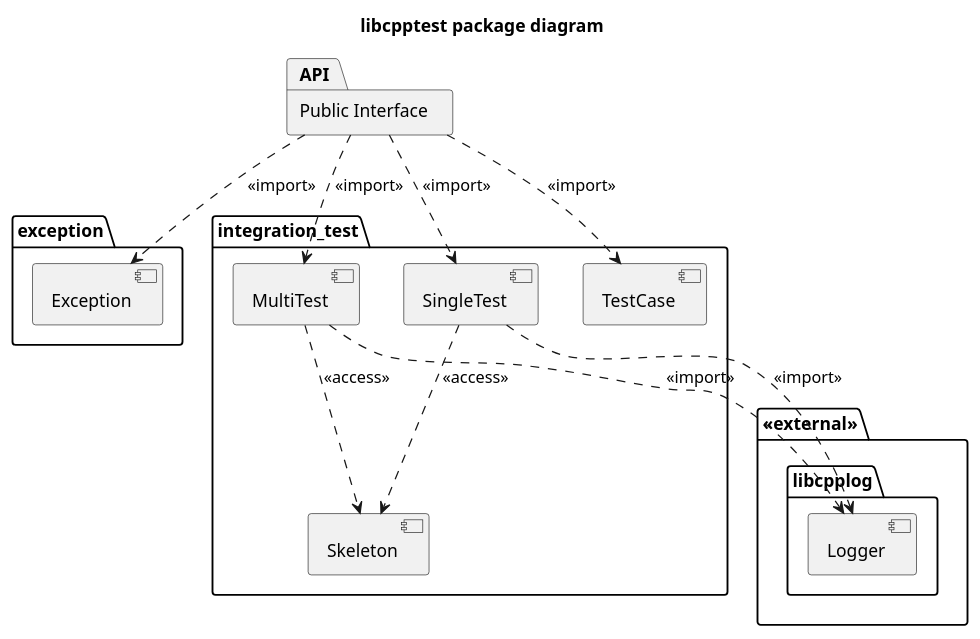
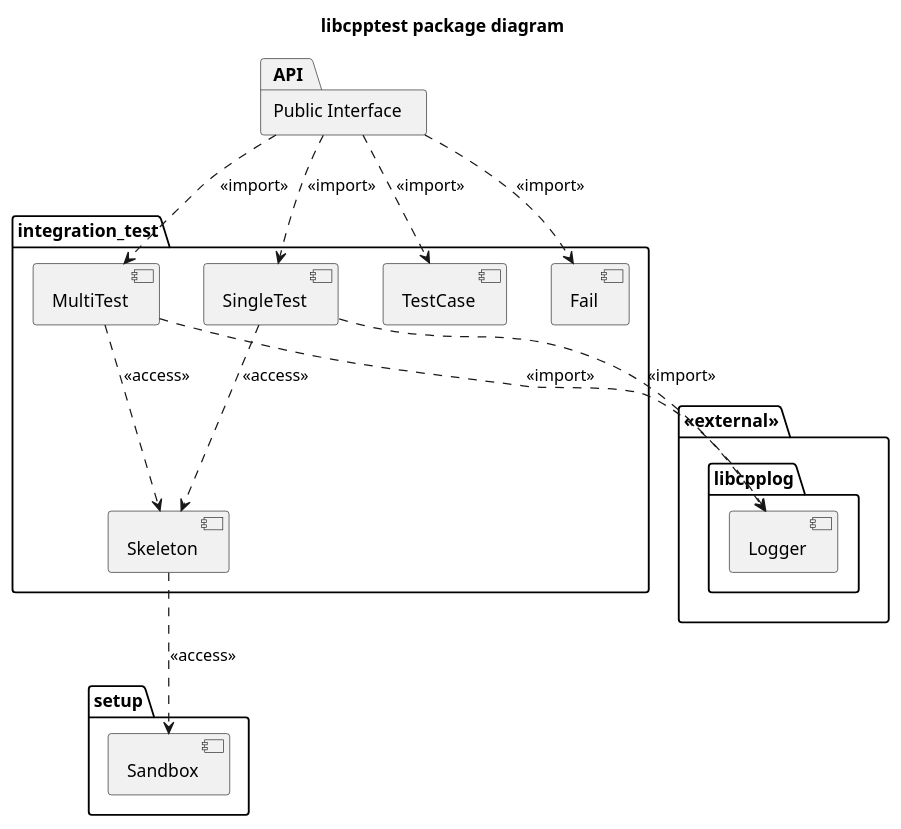
The diagram in libcpptest/doc/package.puml (kfpgk/libcpptest), drawn with PlantUML before and after one commit. The commit also changed 1 other file, not shown here.

Commit message:
Update UML diagrams according to recent additions of Fail class and Sandbox class

```diff
--- a/libcpptest/doc/package.puml
+++ b/libcpptest/doc/package.puml
@@ -1,35 +1,38 @@
 @startuml package-diagram
 
 title libcpptest package diagram
 
 package "Public Interface" as API
 
-package exception {
-   [Exception] 
+package setup {
+   [Sandbox] 
 }
 
 package integration_test {
     [MultiTest]
     [SingleTest]
     [TestCase]
     [Skeleton]
+    [Fail]
 }
 
 package <<external>> {
     package libcpplog {
         [Logger]
     }
 }
 
-API ..> Exception : <<import>>
+API ..> Fail : <<import>>
 API ..> MultiTest : <<import>>
 API ..> SingleTest : <<import>>
 API ..> TestCase : <<import>>
 
 SingleTest ..> Skeleton : <<access>>
 MultiTest ..> Skeleton: <<access>>
 
 SingleTest ..> Logger : <<import>>
 MultiTest ..> Logger: <<import>>
 
+Skeleton ..> Sandbox : <<access>>
+
 @enduml
```
